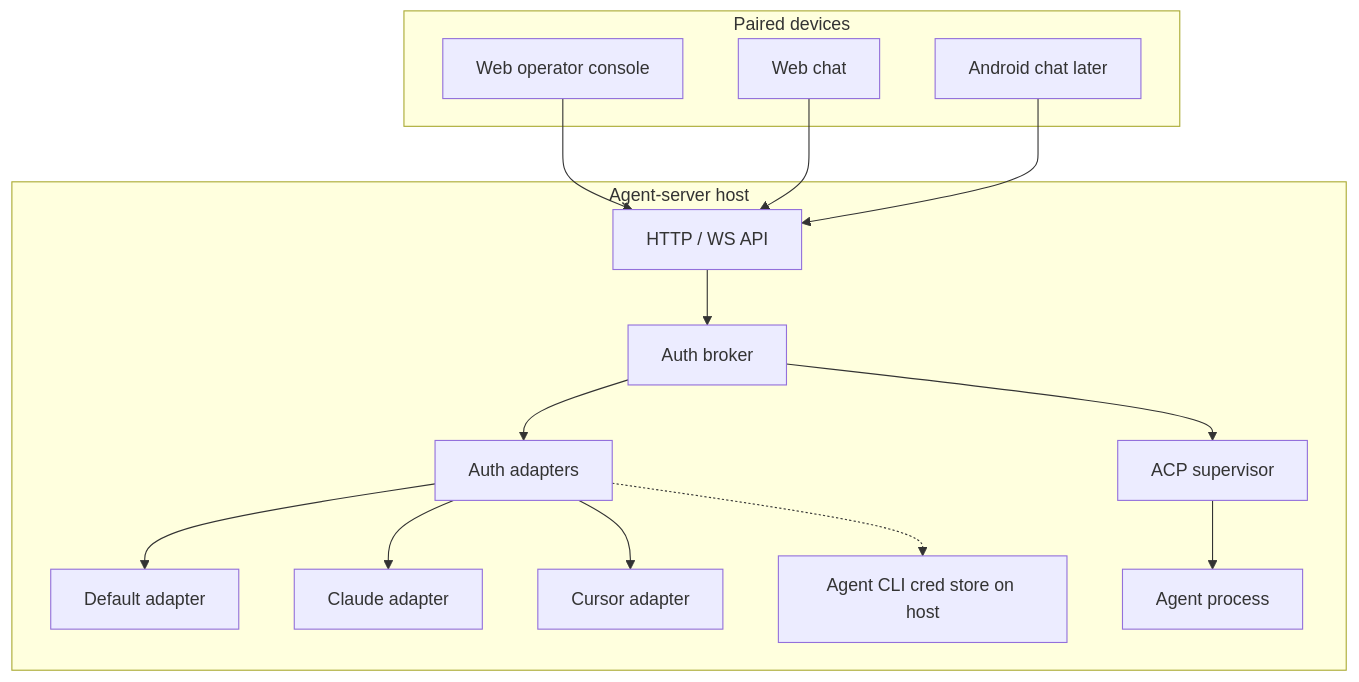
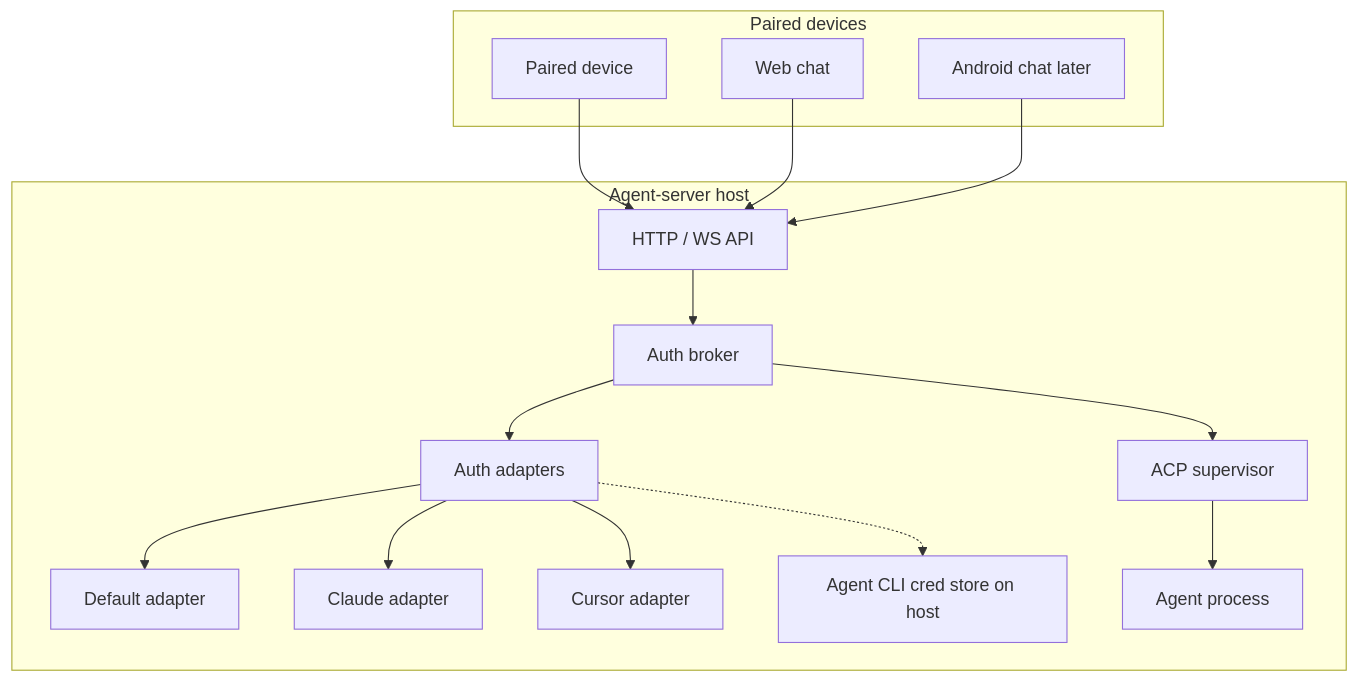
Before and after one commit to codenamegary/harold: the first of 7 diagrams in docs/adr/0004-agent-auth-broker.md, drawn with Mermaid. The commit also changed other lines of this file and 421 other files, not shown here.

First line of the commit message:
refactor(server)!: retire the console and make HTTP the device-only edge (#333)

````diff
--- a/docs/adr/0004-agent-auth-broker.md
+++ b/docs/adr/0004-agent-auth-broker.md
@@ -87,32 +87,32 @@
 ```mermaid
 flowchart TB
   subgraph devices [Paired devices]
-    Console[Web operator console]
+    Client[Paired device]
     WebChat[Web chat]
     Android[Android chat later]
   end
 
   subgraph host [Agent-server host]
     API[HTTP / WS API]
     Broker[Auth broker]
     Adapters[Auth adapters]
     Default[Default adapter]
     Claude[Claude adapter]
     Cursor[Cursor adapter]
     HostCreds[Agent CLI cred store on host]
     Super[ACP supervisor]
     AgentProc[Agent process]
   end
 
-  Console --> API
+  Client --> API
   WebChat --> API
   Android --> API
   API --> Broker
   Broker --> Adapters
   Adapters --> Default
   Adapters --> Claude
   Adapters --> Cursor
   Adapters -.-> HostCreds
   Broker --> Super
   Super --> AgentProc
 ```
````
